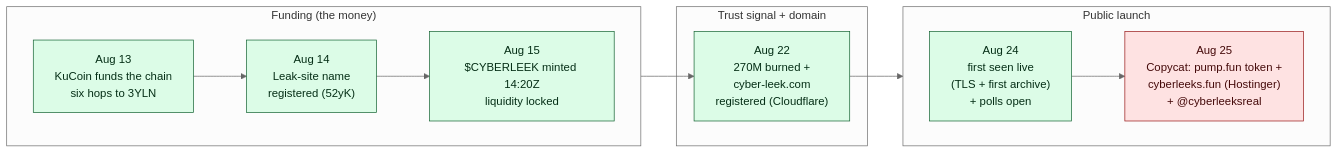
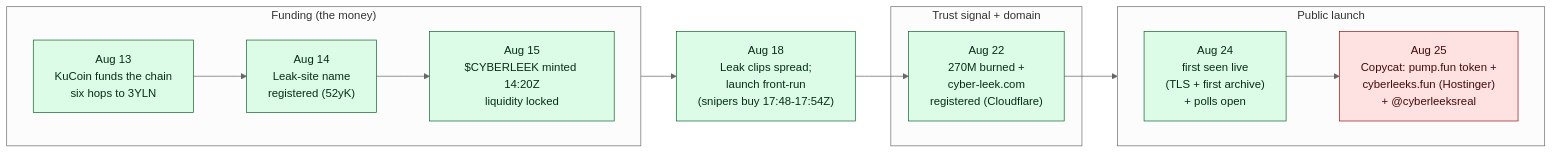
The diagram in README.md (deepwoodssec/FollowTheLeek), drawn with Mermaid (neutral theme) before and after one commit. The commit also changed other lines of this file, not shown here.

Commit message:
timeline: add Aug 18 (launch front-run by snipers), hard-dated on-chain
Add the Aug 18 front-run to the Mermaid graph, the sourced table (four
wallets buy in a ~6-min window 17:48-17:54 UTC, none trace to the
deployer; Bitquery's finding, confirmed on our pull), and the shape
paragraph. Anchored to the sniper block times in operation/crosscheck/.

````diff
--- a/README.md
+++ b/README.md
@@ -76,21 +76,21 @@
 ```mermaid
 flowchart LR
     subgraph FUND["Funding (the money)"]
       direction LR
       A13["Aug 13<br/>KuCoin funds the chain<br/>six hops to 3YLN"] --> A14["Aug 14<br/>Leak-site name<br/>registered (52yK)"] --> A15["Aug 15<br/>$CYBERLEEK minted 14:20Z<br/>liquidity locked"]
     end
     subgraph TRUST["Trust signal + domain"]
       A22["Aug 22<br/>270M burned +<br/>cyber-leek.com<br/>registered (Cloudflare)"]
     end
     subgraph LAUNCH["Public launch"]
       direction LR
       A24["Aug 24<br/>first seen live<br/>(TLS + first archive)<br/>+ polls open"] --> A25["Aug 25<br/>Copycat: pump.fun token +<br/>cyberleeks.fun (Hostinger)<br/>+ @cyberleeksreal"]
     end
-    A15 --> A22 --> A24
+    A15 --> A18["Aug 18<br/>Leak clips spread;<br/>launch front-run<br/>(snipers buy 17:48-17:54Z)"] --> A22 --> A24
 
     classDef money fill:#dcfce7,stroke:#166534,color:#052e16;
     classDef persona fill:#fee2e2,stroke:#991b1b,color:#450a0a;
     classDef recon fill:#f3f4f6,stroke:#6b7280,color:#111827;
-    class A13,A14,A15,A22,A24 money;
+    class A13,A14,A15,A18,A22,A24 money;
     class A25 persona;
 ```
````
